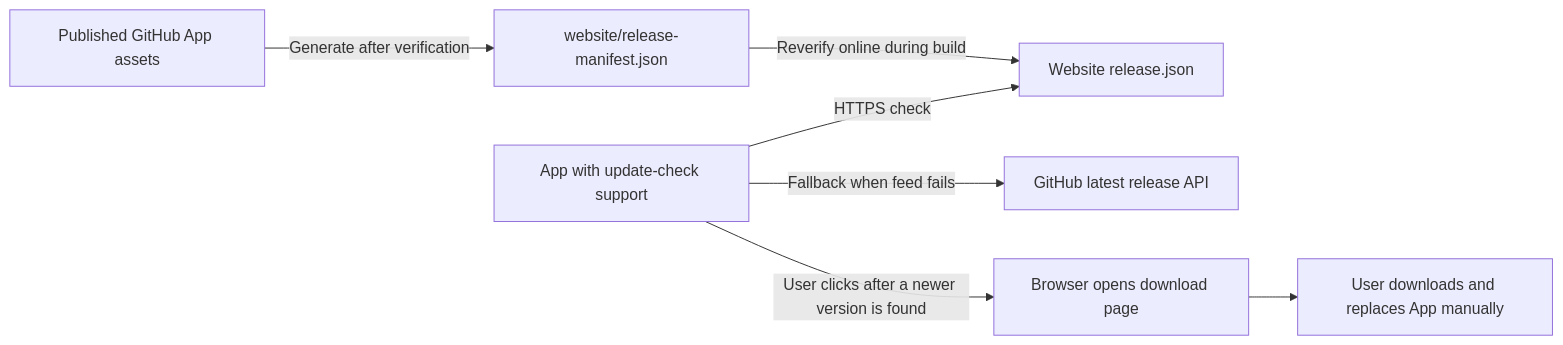
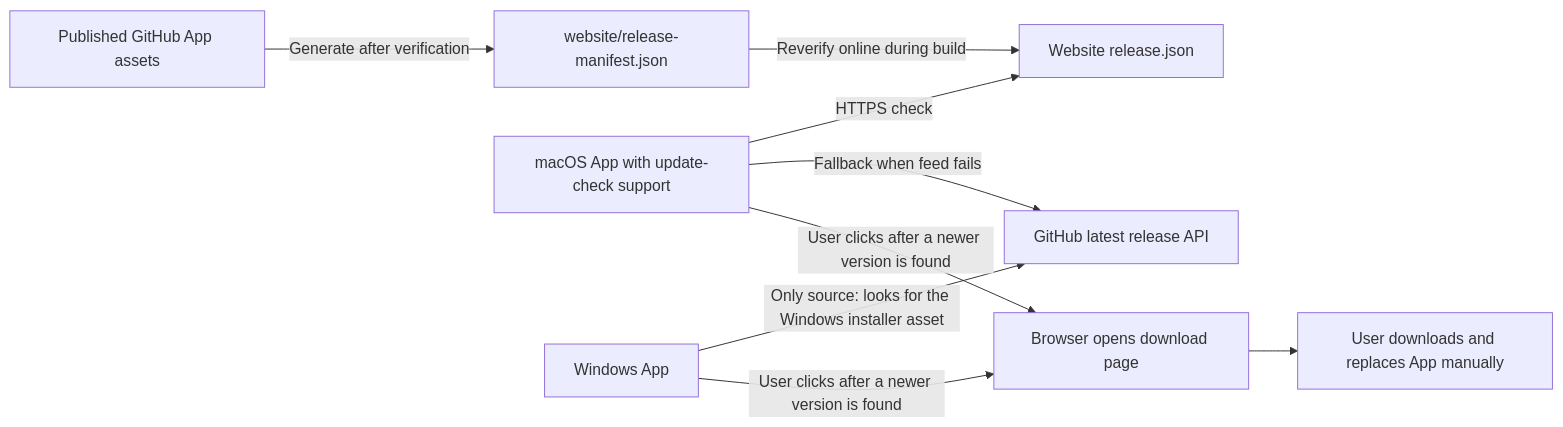
Before and after one commit to EricTsai83/recordstuff: the third of 3 diagrams in docs/system-design/delivery.md, drawn with Mermaid. The commit also changed other lines of this file and 25 other files, not shown here.

First line of the commit message:
docs(plans): revise 064 to CI-only Windows delivery and record the decision

````diff
--- a/docs/system-design/delivery.md
+++ b/docs/system-design/delivery.md
@@ -52,9 +54,11 @@
 ```mermaid
 flowchart LR
     A["Published GitHub App assets"] -->|Generate after verification| M["website/release-manifest.json"]
     M -->|Reverify online during build| F["Website release.json"]
-    U["App with update-check support"] -->|HTTPS check| F
+    U["macOS App with update-check support"] -->|HTTPS check| F
     U -->|Fallback when feed fails| G["GitHub latest release API"]
+    W["Windows App"] -->|Only source: looks for the Windows installer asset| G
+    W -->|User clicks after a newer version is found| D
     U -->|User clicks after a newer version is found| D["Browser opens download page"]
     D --> I["User downloads and replaces App manually"]
 ```
````
